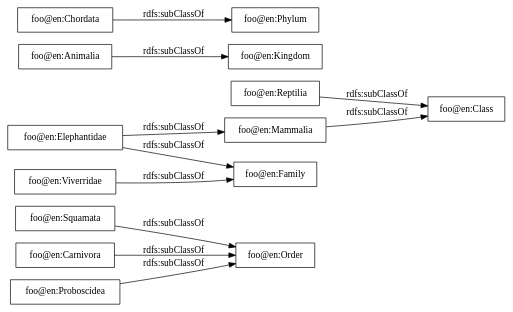
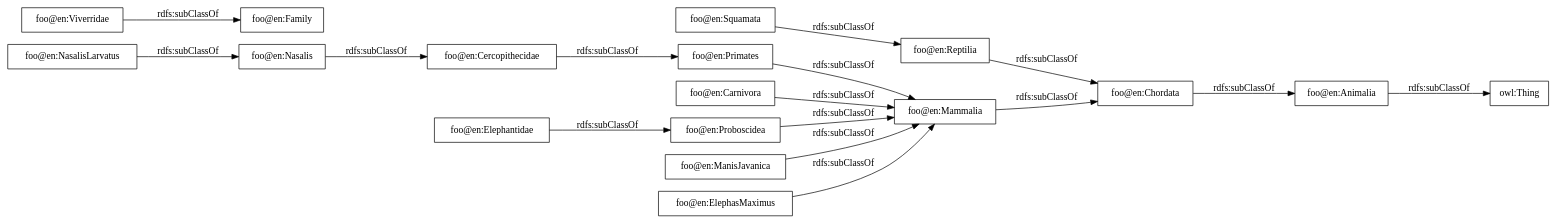
Before and after one commit to Naeima/foo_html: the diagram in OnToology/index.ttl/diagrams/ar2dtool-taxonomy/index.ttl.png.dot, drawn with Graphviz. The commit also changed 13 other files, not shown here.

```diff
--- a/OnToology/index.ttl/diagrams/ar2dtool-taxonomy/index.ttl.png.dot
+++ b/OnToology/index.ttl/diagrams/ar2dtool-taxonomy/index.ttl.png.dot
@@ -1,16 +1,21 @@
 digraph ar2dtool_diagram { 
 rankdir=LR;
 size="1000"
-node [shape = rectangle, color="black"]; "foo@en:Squamata" "foo@en:Mammalia" "foo@en:Animalia" "foo@en:Phylum" "foo@en:Carnivora" "foo@en:Viverridae" "foo@en:Elephantidae" "foo@en:Reptilia" "foo@en:Chordata" "foo@en:Proboscidea" ; /*classes style*/
-	"foo@en:Reptilia" -> "foo@en:Class" [ label = "rdfs:subClassOf" ];
-	"foo@en:Chordata" -> "foo@en:Phylum" [ label = "rdfs:subClassOf" ];
-	"foo@en:Squamata" -> "foo@en:Order" [ label = "rdfs:subClassOf" ];
-	"foo@en:Proboscidea" -> "foo@en:Order" [ label = "rdfs:subClassOf" ];
-	"foo@en:Elephantidae" -> "foo@en:Mammalia" [ label = "rdfs:subClassOf" ];
-	"foo@en:Elephantidae" -> "foo@en:Family" [ label = "rdfs:subClassOf" ];
+node [shape = rectangle, color="black"]; "foo@en:Squamata" "foo@en:Mammalia" "foo@en:Animalia" "foo@en:Primates" "foo@en:Carnivora" "foo@en:Viverridae" "foo@en:Elephantidae" "foo@en:Reptilia" "foo@en:Proboscidea" "foo@en:Chordata" ; /*classes style*/
+	"foo@en:ManisJavanica" -> "foo@en:Mammalia" [ label = "rdfs:subClassOf" ];
+	"foo@en:Primates" -> "foo@en:Mammalia" [ label = "rdfs:subClassOf" ];
+	"foo@en:Reptilia" -> "foo@en:Chordata" [ label = "rdfs:subClassOf" ];
+	"foo@en:Chordata" -> "foo@en:Animalia" [ label = "rdfs:subClassOf" ];
+	"foo@en:Squamata" -> "foo@en:Reptilia" [ label = "rdfs:subClassOf" ];
+	"foo@en:Proboscidea" -> "foo@en:Mammalia" [ label = "rdfs:subClassOf" ];
+	"foo@en:NasalisLarvatus" -> "foo@en:Nasalis" [ label = "rdfs:subClassOf" ];
+	"foo@en:Elephantidae" -> "foo@en:Proboscidea" [ label = "rdfs:subClassOf" ];
 	"foo@en:Viverridae" -> "foo@en:Family" [ label = "rdfs:subClassOf" ];
-	"foo@en:Carnivora" -> "foo@en:Order" [ label = "rdfs:subClassOf" ];
-	"foo@en:Animalia" -> "foo@en:Kingdom" [ label = "rdfs:subClassOf" ];
-	"foo@en:Mammalia" -> "foo@en:Class" [ label = "rdfs:subClassOf" ];
+	"foo@en:Cercopithecidae" -> "foo@en:Primates" [ label = "rdfs:subClassOf" ];
+	"foo@en:ElephasMaximus" -> "foo@en:Mammalia" [ label = "rdfs:subClassOf" ];
+	"foo@en:Carnivora" -> "foo@en:Mammalia" [ label = "rdfs:subClassOf" ];
+	"foo@en:Animalia" -> "owl:Thing" [ label = "rdfs:subClassOf" ];
+	"foo@en:Mammalia" -> "foo@en:Chordata" [ label = "rdfs:subClassOf" ];
+	"foo@en:Nasalis" -> "foo@en:Cercopithecidae" [ label = "rdfs:subClassOf" ];
 
 }
```
